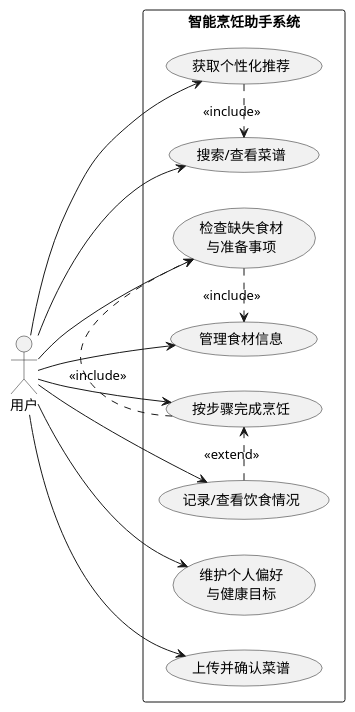
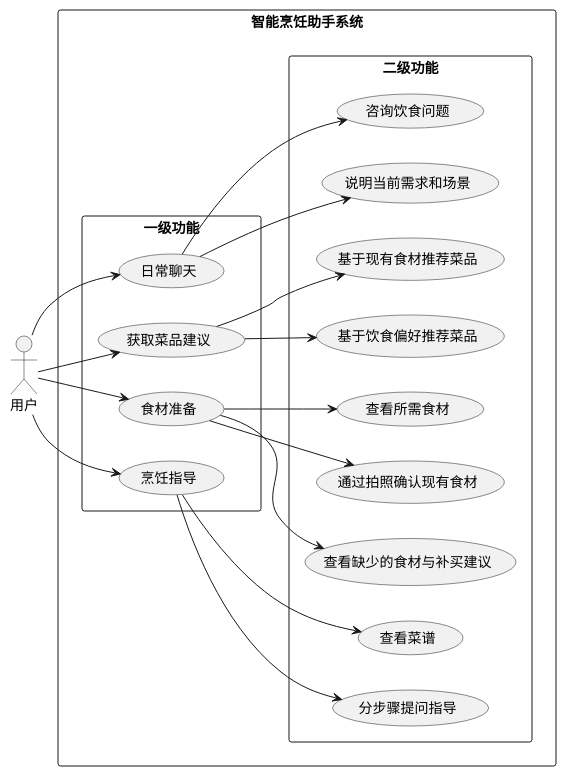
One commit to LangYiSheng/ChefMate changed the diagram in docs/requirements.md. Above: the diagram before and after it, drawn with PlantUML. The commit also changed other lines of this file and 1 other file, not shown here.

````diff
--- a/docs/requirements.md
+++ b/docs/requirements.md
@@ -219,32 +32,53 @@
 ```plantuml
 @startuml
 left to right direction
+skinparam packageStyle rectangle
+skinparam shadowing false
 
-actor 用户
+actor 用户 as User
 
-rectangle 智能烹饪助手系统 {
-  usecase "维护个人偏好\n与健康目标" as UC1
-  usecase "获取个性化推荐" as UC2
-  usecase "搜索/查看菜谱" as UC3
-  usecase "管理食材信息" as UC4
-  usecase "检查缺失食材\n与准备事项" as UC5
-  usecase "按步骤完成烹饪" as UC6
-  usecase "上传并确认菜谱" as UC7
-  usecase "记录/查看饮食情况" as UC8
+rectangle "智能烹饪助手系统" {
+
+  rectangle "一级功能" as L1 {
+    usecase "日常聊天" as UC1
+    usecase "获取菜品建议" as UC2
+    usecase "食材准备" as UC3
+    usecase "烹饪指导" as UC4
+  }
+
+  rectangle "二级功能" as L2 {
+    usecase "咨询饮食问题" as UC1_1
+    usecase "说明当前需求和场景" as UC1_2
+
+    usecase "基于现有食材推荐菜品" as UC2_1
+    usecase "基于饮食偏好推荐菜品" as UC2_2
+
+    usecase "查看所需食材" as UC3_1
+    usecase "通过拍照确认现有食材" as UC3_2
+    usecase "查看缺少的食材与补买建议" as UC3_3
+
+    usecase "查看菜谱" as UC4_1
+    usecase "分步骤提问指导" as UC4_2
+  }
 }
 
-用户 --> UC1
-用户 --> UC2
-用户 --> UC3
-用户 --> UC4
-用户 --> UC5
-用户 --> UC6
-用户 --> UC7
-用户 --> UC8
+User --> UC1
+User --> UC2
+User --> UC3
+User --> UC4
 
-UC2 .> UC3 : <<include>>
-UC5 .> UC4 : <<include>>
-UC6 .> UC5 : <<include>>
-UC8 .> UC6 : <<extend>>
+UC1 --> UC1_1
+UC1 --> UC1_2
+
+UC2 --> UC2_1
+UC2 --> UC2_2
+
+UC3 --> UC3_1
+UC3 --> UC3_2
+UC3 --> UC3_3
+
+UC4 --> UC4_1
+UC4 --> UC4_2
+
 @enduml
 ```
````
